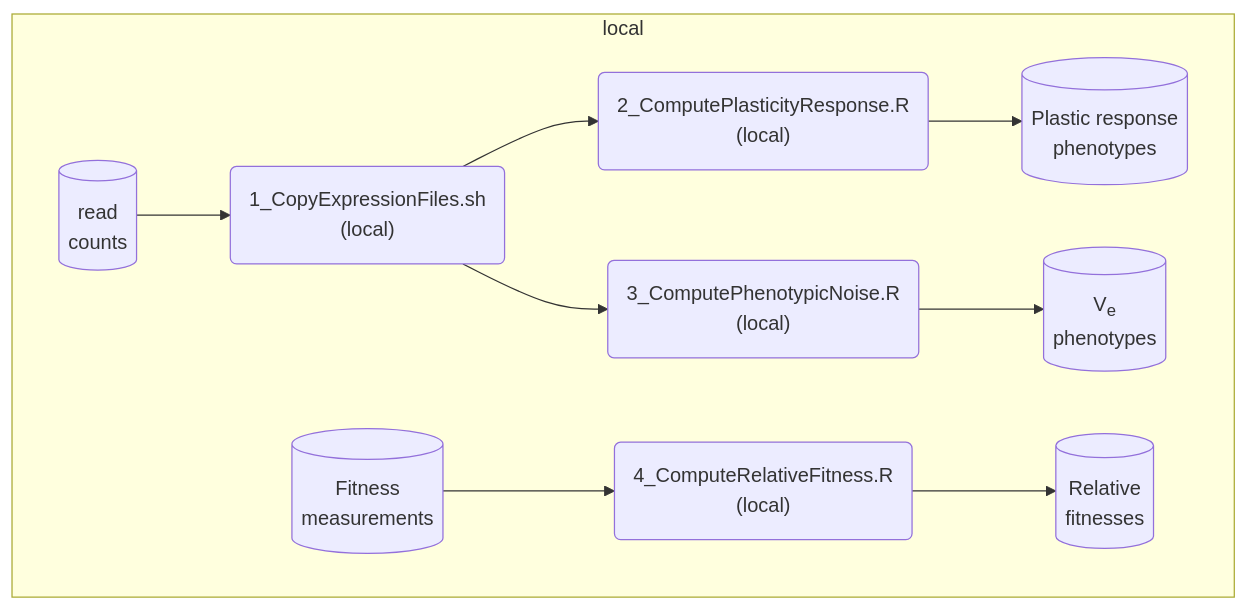
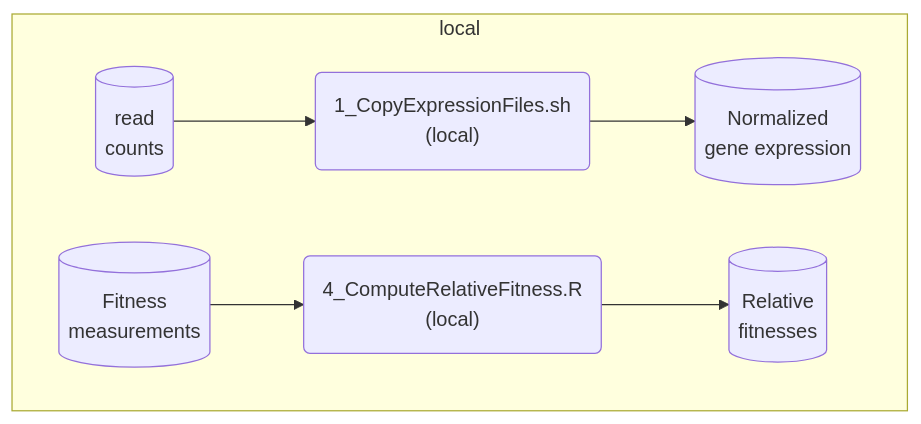
One commit to charlesrocabert/Koch-et-al-Predictability-of-Gene-Expression changed the eighth of 9 diagrams in README.md. Above: the diagram before and after it, drawn with Mermaid.

````diff
--- a/README.md
+++ b/README.md
@@ -459,13 +459,10 @@
 ```mermaid
 flowchart LR
 subgraph "local"
 direction LR
 A[("read<br/>counts")] --> B("1_CopyExpressionFiles.sh<br/>(local)")
-B --> C("2_ComputePlasticityResponse.R<br/>(local)")
-B --> D("3_ComputePhenotypicNoise.R<br/>(local)")
-C --> E[("Plastic response<br/>phenotypes")]
-D --> F[("V<sub>e</sub><br/>phenotypes")]
+B --> C[("Normalized<br/>gene expression")]
 G[("Fitness<br/>measurements")] --> H("4_ComputeRelativeFitness.R<br/>(local)")
 H --> I[("Relative<br/>fitnesses")]
 end
 ```
````
